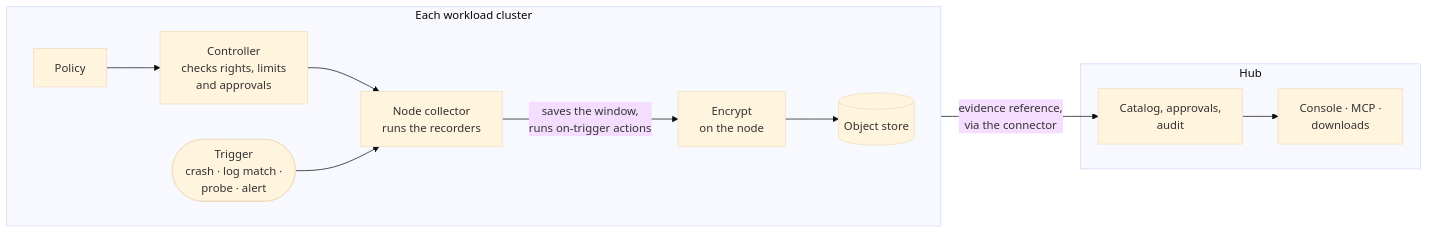
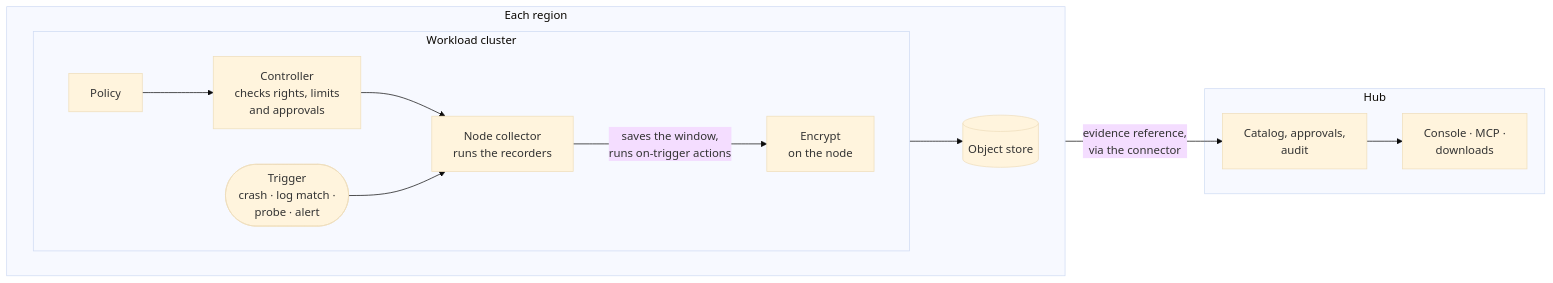
One commit to phihos/asservat changed the diagram in README.md. Above: the diagram before and after it, drawn with Mermaid (base theme). The commit also changed other lines of this file, not shown here.

Commit message:
README: evidence stays in its region; permissions come from bindings
Evidence goes to the region's object store, which several clusters can
share, so the diagram nests the cluster inside its region. Access is
granted with Kubernetes resources; namespace-ownership and pod-exec
inheritance are optional sources.

Claude-Session: https://claude.ai/code/session_01L1jCuEywYPxsPSTYthzFvh

````diff
--- a/README.md
+++ b/README.md
@@ -62,15 +62,18 @@
 ```mermaid
 flowchart LR
-    subgraph Workload["Each workload cluster"]
+    subgraph Region["Each region"]
         direction LR
-        Policy["Policy"] --> Controller["Controller<br/>checks rights, limits<br/>and approvals"]
-        Controller --> Collector["Node collector<br/>runs the recorders"]
-        Trigger(["Trigger<br/>crash · log match ·<br/>probe · alert"]) --> Collector
-        Collector -->|"saves the window,<br/>runs on-trigger actions"| Encrypt["Encrypt<br/>on the node"]
+        subgraph Workload["Workload cluster"]
+            direction LR
+            Policy["Policy"] --> Controller["Controller<br/>checks rights, limits<br/>and approvals"]
+            Controller --> Collector["Node collector<br/>runs the recorders"]
+            Trigger(["Trigger<br/>crash · log match ·<br/>probe · alert"]) --> Collector
+            Collector -->|"saves the window,<br/>runs on-trigger actions"| Encrypt["Encrypt<br/>on the node"]
+        end
         Encrypt --> Store[("Object store")]
     end
     subgraph Central["Hub"]
         Catalog["Catalog, approvals,<br/>audit"] --> Access["Console · MCP ·<br/>downloads"]
     end
     Store -->|"evidence reference,<br/>via the connector"| Catalog
 ```
````
